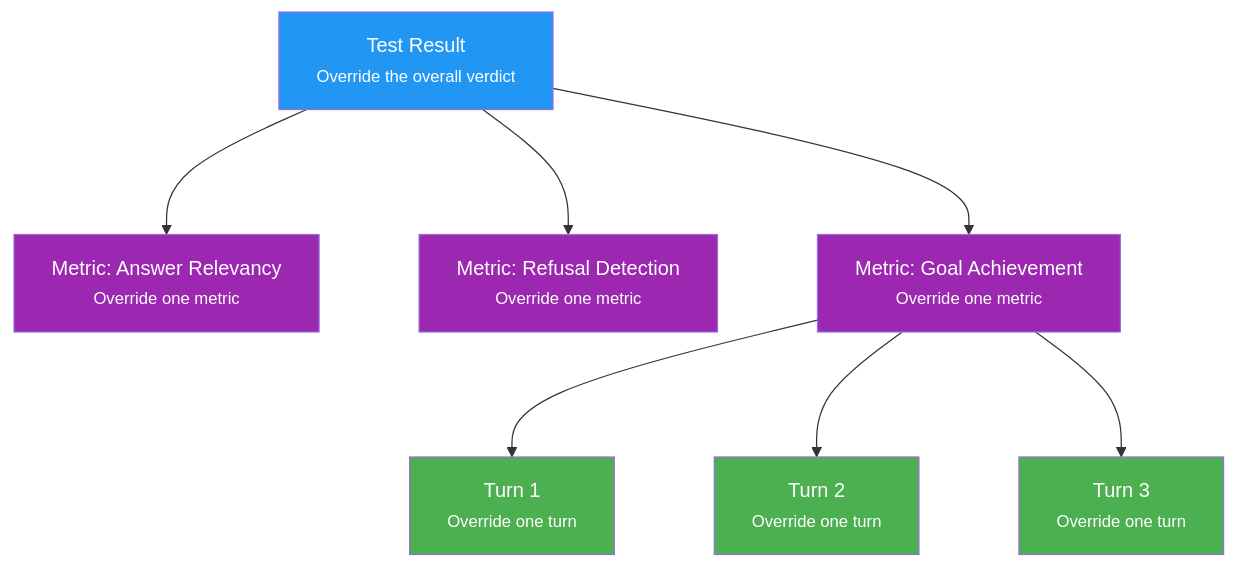
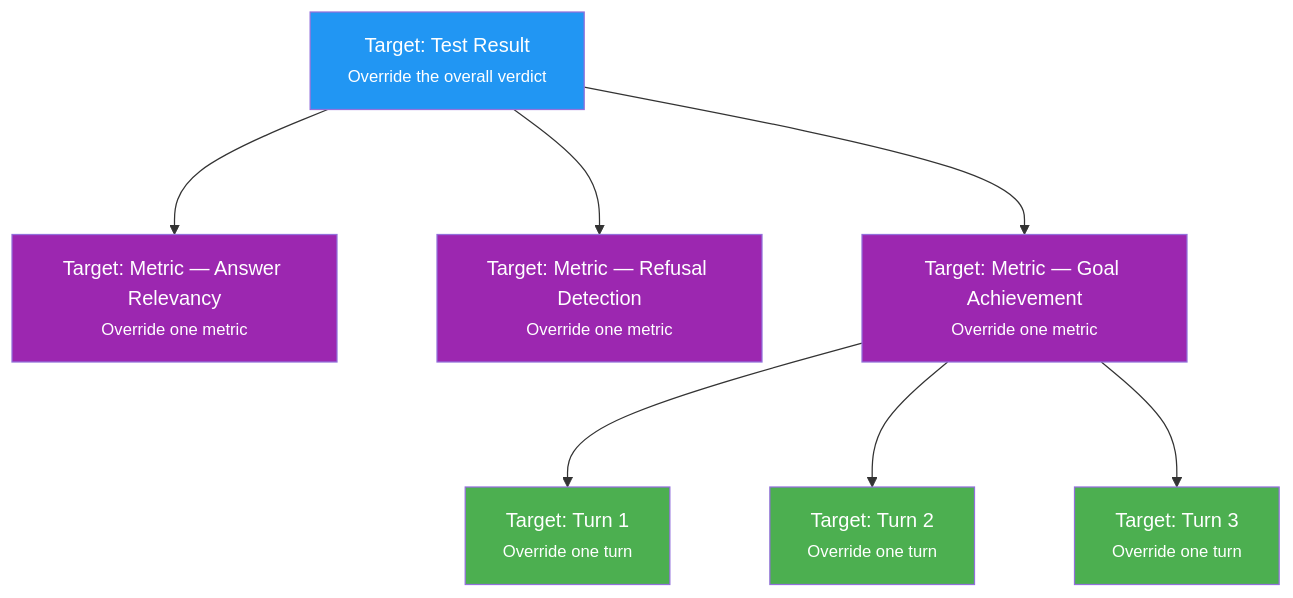
The diagram in docs/content/platform/test-reviews/index.mdx (rhesis-ai/rhesis), drawn with Mermaid before and after one commit. The commit also changed other lines of this file, not shown here.

````diff
--- a/docs/content/platform/test-reviews/index.mdx
+++ b/docs/content/platform/test-reviews/index.mdx
@@ -28,28 +28,28 @@
 ```mermaid
 %%{init: {'flowchart': {'nodeSpacing': 80, 'rankSpacing': 100}, 'themeVariables': {'fontSize': '16px'}}}%%
 graph TB
-    TR["Test Result<br/><small>Override the overall verdict</small>"]
+    TR["Target: Test Result<br/><small>Override the overall verdict</small>"]
 
-    M1["Metric: Answer Relevancy<br/><small>Override one metric</small>"]
-    M2["Metric: Refusal Detection<br/><small>Override one metric</small>"]
-    M3["Metric: Goal Achievement<br/><small>Override one metric</small>"]
+    M1["Target: Metric — Answer Relevancy<br/><small>Override one metric</small>"]
+    M2["Target: Metric — Refusal Detection<br/><small>Override one metric</small>"]
+    M3["Target: Metric — Goal Achievement<br/><small>Override one metric</small>"]
 
-    T1["Turn 1<br/><small>Override one turn</small>"]
-    T2["Turn 2<br/><small>Override one turn</small>"]
-    T3["Turn 3<br/><small>Override one turn</small>"]
+    T1["Target: Turn 1<br/><small>Override one turn</small>"]
+    T2["Target: Turn 2<br/><small>Override one turn</small>"]
+    T3["Target: Turn 3<br/><small>Override one turn</small>"]
 
     TR --> M1
     TR --> M2
     TR --> M3
     M3 --> T1
     M3 --> T2
     M3 --> T3
 
     style TR fill:#2196F3,color:#fff
     style M1 fill:#9c27b0,color:#fff
     style M2 fill:#9c27b0,color:#fff
     style M3 fill:#9c27b0,color:#fff
     style T1 fill:#4caf50,color:#fff
     style T2 fill:#4caf50,color:#fff
     style T3 fill:#4caf50,color:#fff
 ```
````
